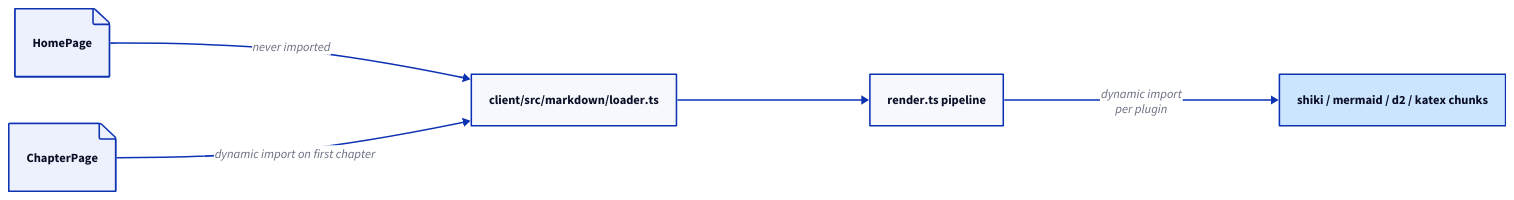
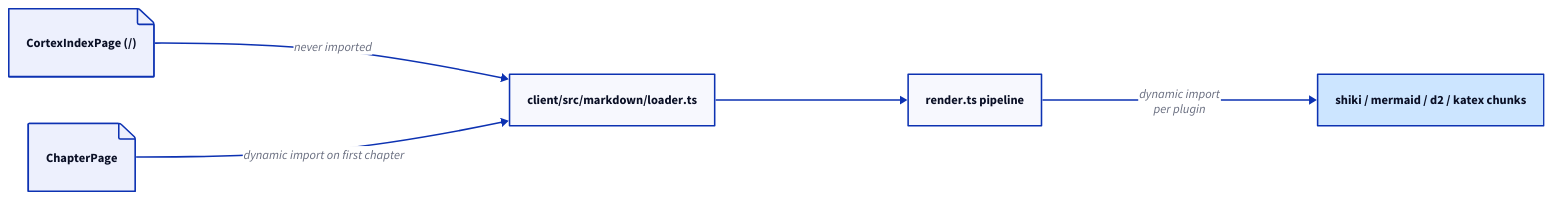
The second of 2 diagrams in content/cortex/cortex-onboarding/02-how-it-works/02-markdown-pipeline.md (ani2fun/cortex), drawn with D2 before and after one commit. The commit also changed other lines of this file and 12 other files, not shown here.

````diff
--- a/content/cortex/cortex-onboarding/02-how-it-works/02-markdown-pipeline.md
+++ b/content/cortex/cortex-onboarding/02-how-it-works/02-markdown-pipeline.md
@@ -119,20 +122,20 @@
 ```d2
 direction: right
 
-home: HomePage {
+home: "CortexIndexPage (/)" {
   shape: page
 }
 chapter: ChapterPage {
   shape: page
 }
 loader: client/src/markdown/loader.ts
 render: render.ts pipeline
 chunks: shiki / mermaid / d2 / katex chunks {
   style.fill: "#cce5ff"
 }
 
 home -> loader: never imported
 chapter -> loader: dynamic import on first chapter
 loader -> render
 render -> chunks: dynamic import\nper plugin
 ```
````
